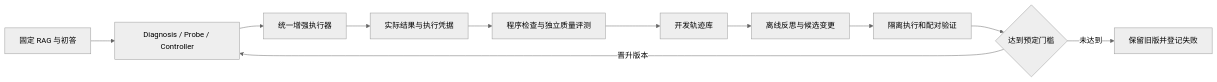
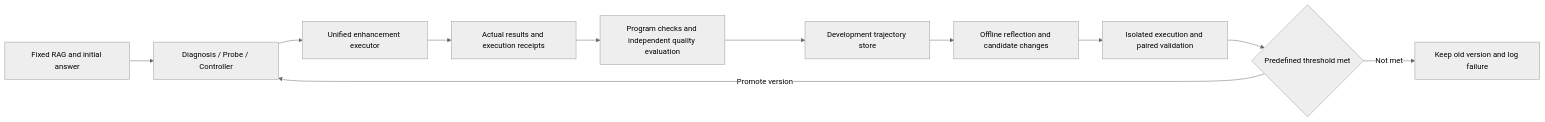
Before and after one commit to lzhua020623/capability-aware-slm-rag: the diagram in docs/PROJECT_AUDIT_AND_RSI_PLAN_20261023.md, drawn with Mermaid (neutral theme). The commit also changed other lines of this file and 128 other files, not shown here.

````diff
--- a/docs/PROJECT_AUDIT_AND_RSI_PLAN_20261023.md
+++ b/docs/PROJECT_AUDIT_AND_RSI_PLAN_20261023.md
@@ -86,13 +86,13 @@
 ```mermaid
 flowchart LR
-    A[固定 RAG 与初答] --> B[Diagnosis / Probe / Controller]
-    B --> C[统一增强执行器]
-    C --> D[实际结果与执行凭据]
-    D --> E[程序检查与独立质量评测]
-    E --> F[开发轨迹库]
-    F --> G[离线反思与候选变更]
-    G --> H[隔离执行和配对验证]
-    H --> I{达到预定门槛}
-    I -->|晋升版本| B
-    I -->|未达到| J[保留旧版并登记失败]
+    A[Fixed RAG and initial answer] --> B[Diagnosis / Probe / Controller]
+    B --> C[Unified enhancement executor]
+    C --> D[Actual results and execution receipts]
+    D --> E[Program checks and independent quality evaluation]
+    E --> F[Development trajectory store]
+    F --> G[Offline reflection and candidate changes]
+    G --> H[Isolated execution and paired validation]
+    H --> I{Predefined threshold met}
+    I -->|Promote version| B
+    I -->|Not met| J[Keep old version and log failure]
 ```
````
